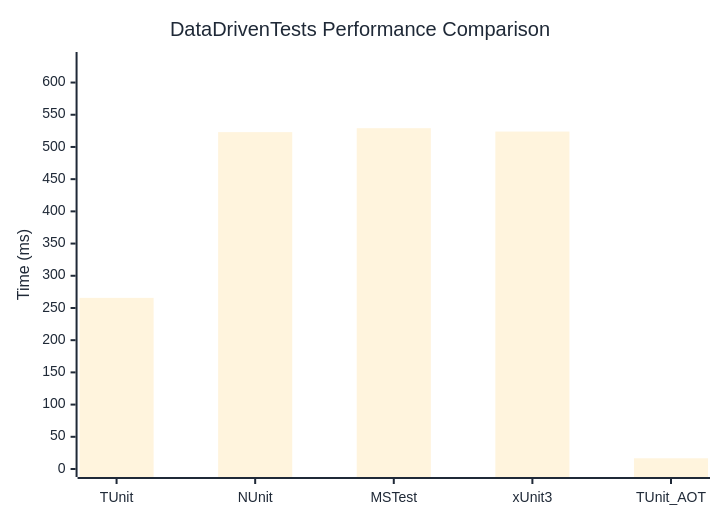
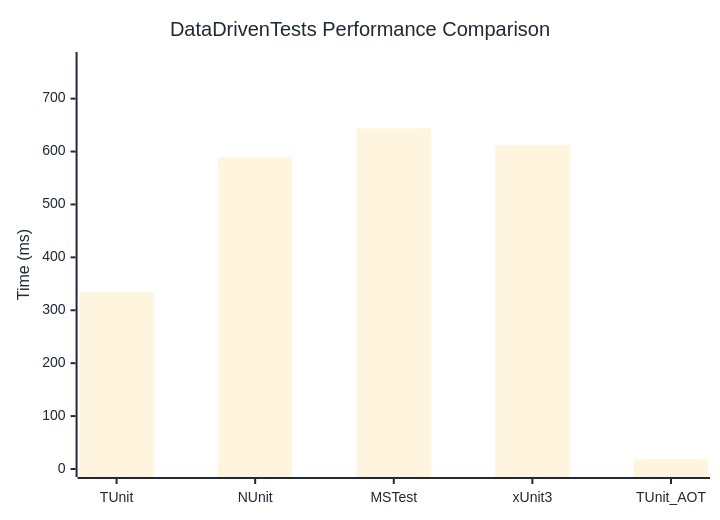
The diagram in docs/docs/benchmarks/engine/DataDrivenTests.md (thomhurst/TUnit), drawn with Mermaid before and after one commit. The commit also changed other lines of this file and 18 other files, not shown here.

````diff
--- a/docs/docs/benchmarks/engine/DataDrivenTests.md
+++ b/docs/docs/benchmarks/engine/DataDrivenTests.md
@@ -29,37 +29,37 @@
 ```mermaid
 %%{init: {
   'theme':'base',
   'themeVariables': {
     'primaryColor': '#2563eb',
     'primaryTextColor': '#1f2937',
     'primaryBorderColor': '#1e40af',
     'lineColor': '#6b7280',
     'secondaryColor': '#7c3aed',
     'tertiaryColor': '#dc2626',
     'background': '#ffffff',
     'mainBkg': '#2563eb',
     'secondBkg': '#7c3aed',
     'tertiaryBkg': '#dc2626',
     'clusterBkg': '#f3f4f6',
     'edgeLabelBackground': '#ffffff',
     'tertiaryTextColor': '#1f2937',
     'pie1': '#2563eb',
     'pie2': '#7c3aed',
     'pie3': '#dc2626',
     'pie4': '#f59e0b',
     'pie5': '#10b981',
     'pie6': '#06b6d4',
     'pie7': '#ec4899',
     'pie8': '#6366f1',
     'pie9': '#84cc16',
     'pie10': '#f97316',
     'pie11': '#14b8a6',
     'pie12': '#a855f7'
   }
 }}%%
 xychart-beta
   title "DataDrivenTests Performance Comparison"
   x-axis ["TUnit", "NUnit", "MSTest", "xUnit3", "TUnit_AOT"]
-  y-axis "Time (ms)" 0 --> 635
-  bar [265.7, 523.01, 529.13, 523.9, 16.65]
+  y-axis "Time (ms)" 0 --> 773
+  bar [333.55, 588.63, 643.67, 612.5, 18.46]
 ```
````
